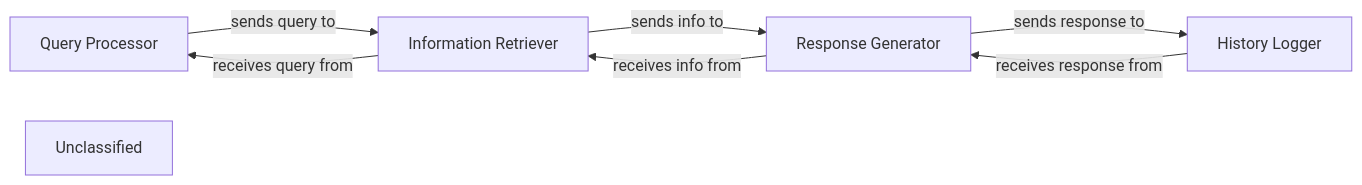
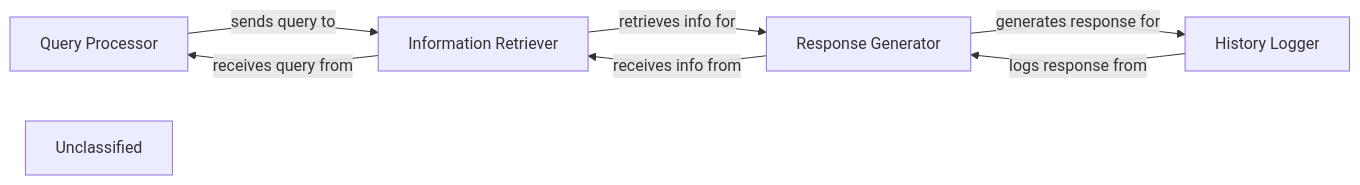
The diagram in .codeboarding/Output_Generation_Engine.md (CodeBoarding/CodeBoarding), drawn with Mermaid before and after one commit. The commit also changed other lines of this file and 17 other files, not shown here.

First line of the commit message:
docs: update codeboarding documentation and generate architecture

````diff
--- a/.codeboarding/Output_Generation_Engine.md
+++ b/.codeboarding/Output_Generation_Engine.md
@@ -1,14 +1,14 @@
 ```mermaid
 graph LR
     Query_Processor["Query Processor"]
     Information_Retriever["Information Retriever"]
     Response_Generator["Response Generator"]
     History_Logger["History Logger"]
     Unclassified["Unclassified"]
     Query_Processor -- "sends query to" --> Information_Retriever
-    Information_Retriever -- "sends info to" --> Response_Generator
-    Response_Generator -- "sends response to" --> History_Logger
+    Information_Retriever -- "retrieves info for" --> Response_Generator
+    Response_Generator -- "generates response for" --> History_Logger
     Information_Retriever -- "receives query from" --> Query_Processor
     Response_Generator -- "receives info from" --> Information_Retriever
-    History_Logger -- "receives response from" --> Response_Generator
+    History_Logger -- "logs response from" --> Response_Generator
 ```
````
